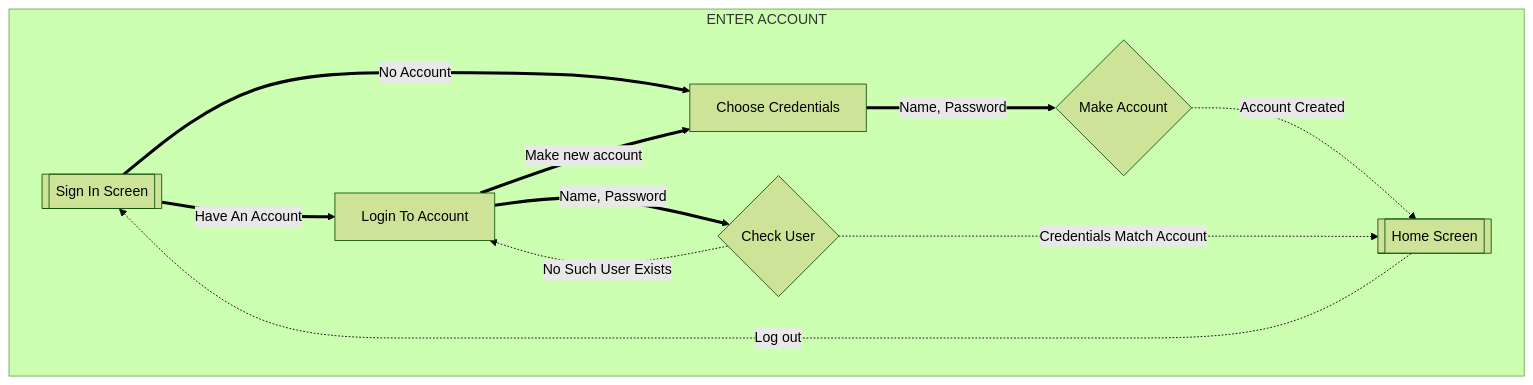
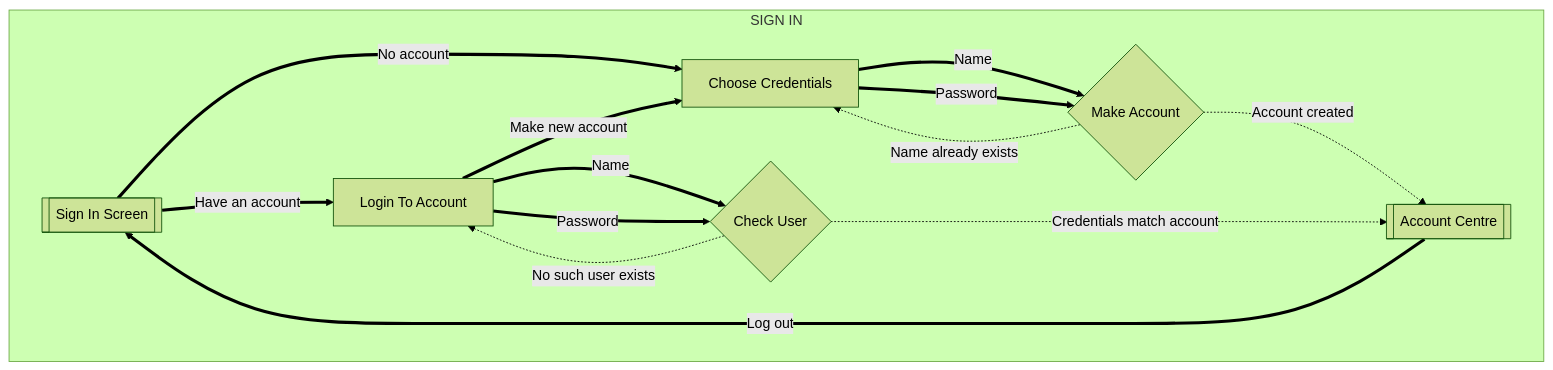
Before and after one commit to samanthaegilson/LibrarySystem: the first of 6 diagrams in README.md, drawn with Mermaid (forest theme). The commit also changed other lines of this file and 31 other files, not shown here.

````diff
--- a/README.md
+++ b/README.md
@@ -35,28 +35,29 @@
 ```mermaid
 flowchart
-    subgraph ENTER ACCOUNT
-        %% Should logout be apart of this??
+    subgraph SIGN IN
         signInScreen[[Sign In Screen]]
 
-        signInScreen ==No Account==> chooseCredentials
-        signInScreen ==Have An Account==> loginToAccount
+        signInScreen ==No account==> chooseCredentials
+        signInScreen ==Have an account==> loginToAccount
 
         chooseCredentials[Choose Credentials]
         makeAccount{Make Account}
         
-        %% Enter name and other information too?
-        chooseCredentials ==Name, Password==> makeAccount
-        makeAccount -.Account Created.-> homeScreen
+        chooseCredentials ==Name==> makeAccount
+        chooseCredentials ==Password==> makeAccount
+        makeAccount -.Name already exists.-> chooseCredentials
+        makeAccount -.Account created.-> accountCentre
         
         loginToAccount[Login To Account]
         checkUser{Check User}
-        homeScreen[[Home Screen]]
+        accountCentre[[Account Centre]]
         
         loginToAccount ==Make new account==> chooseCredentials
-        loginToAccount ==Name, Password==> checkUser
-        checkUser -.No Such User Exists.->loginToAccount
-        checkUser -.Credentials Match Account.->homeScreen
-        homeScreen -.Log out.->signInScreen
+        loginToAccount ==Name==> checkUser
+        loginToAccount ==Password==> checkUser
+        checkUser -.No such user exists.-> loginToAccount
+        checkUser -.Credentials match account.-> accountCentre
+        accountCentre ==Log out==> signInScreen
             
     end
 ```
````
